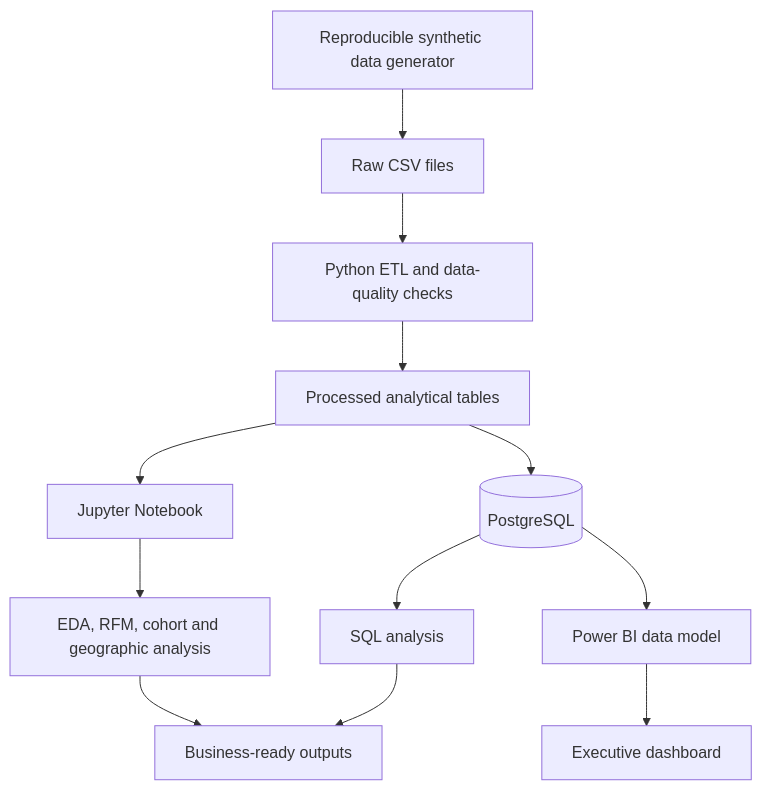
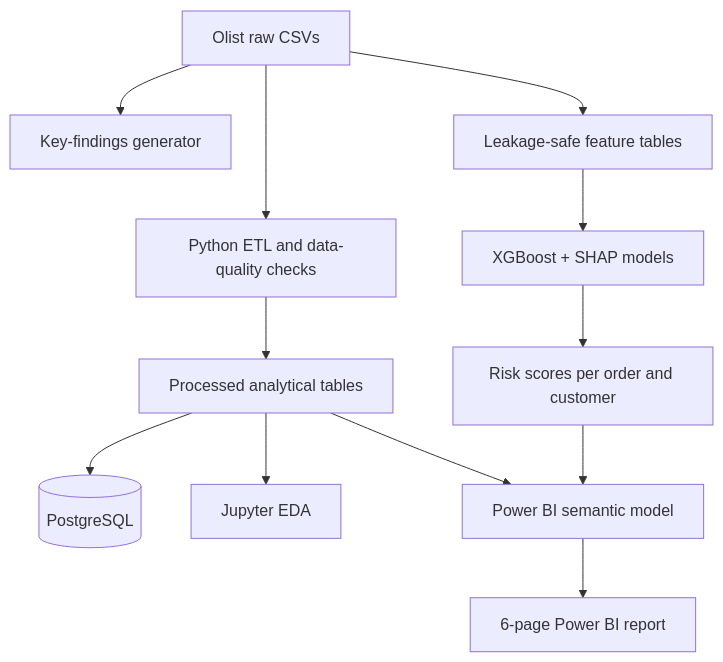
The diagram in README.md (Fariha12t/ecommerce-customer-revenue-intelligence), drawn with Mermaid before and after one commit. The commit also changed other lines of this file, not shown here.

Commit message:
Final README with results, dashboard screenshots and model findings

````diff
--- a/README.md
+++ b/README.md
@@ -50,14 +57,14 @@
 ```mermaid
 flowchart TD
-    A[Reproducible synthetic data generator] --> B[Raw CSV files]
-    B --> C[Python ETL and data-quality checks]
-    C --> D[Processed analytical tables]
-    D --> E[(PostgreSQL)]
-    D --> F[Jupyter Notebook]
-    E --> G[SQL analysis]
-    E --> H[Power BI data model]
-    F --> I[EDA, RFM, cohort and geographic analysis]
-    G --> J[Business-ready outputs]
+    A[Olist raw CSVs] --> B[Python ETL and data-quality checks]
+    B --> C[Processed analytical tables]
+    C --> D[(PostgreSQL)]
+    C --> E[Jupyter EDA]
+    A --> F[Key-findings generator]
+    A --> G[Leakage-safe feature tables]
+    G --> H[XGBoost + SHAP models]
+    H --> I[Risk scores per order and customer]
+    C --> J[Power BI semantic model]
     I --> J
-    H --> K[Executive dashboard]
+    J --> K[6-page Power BI report]
 ```
````
